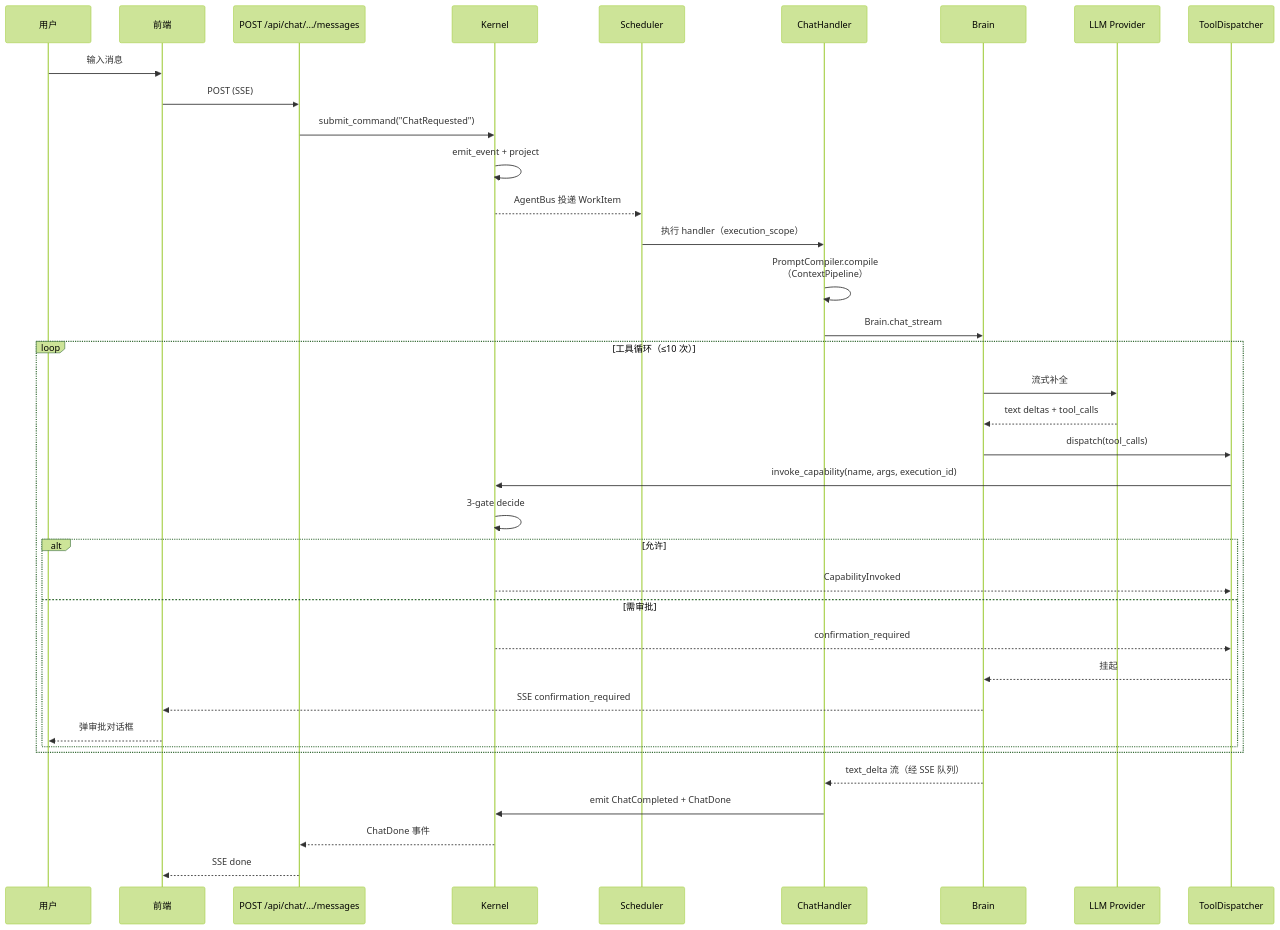
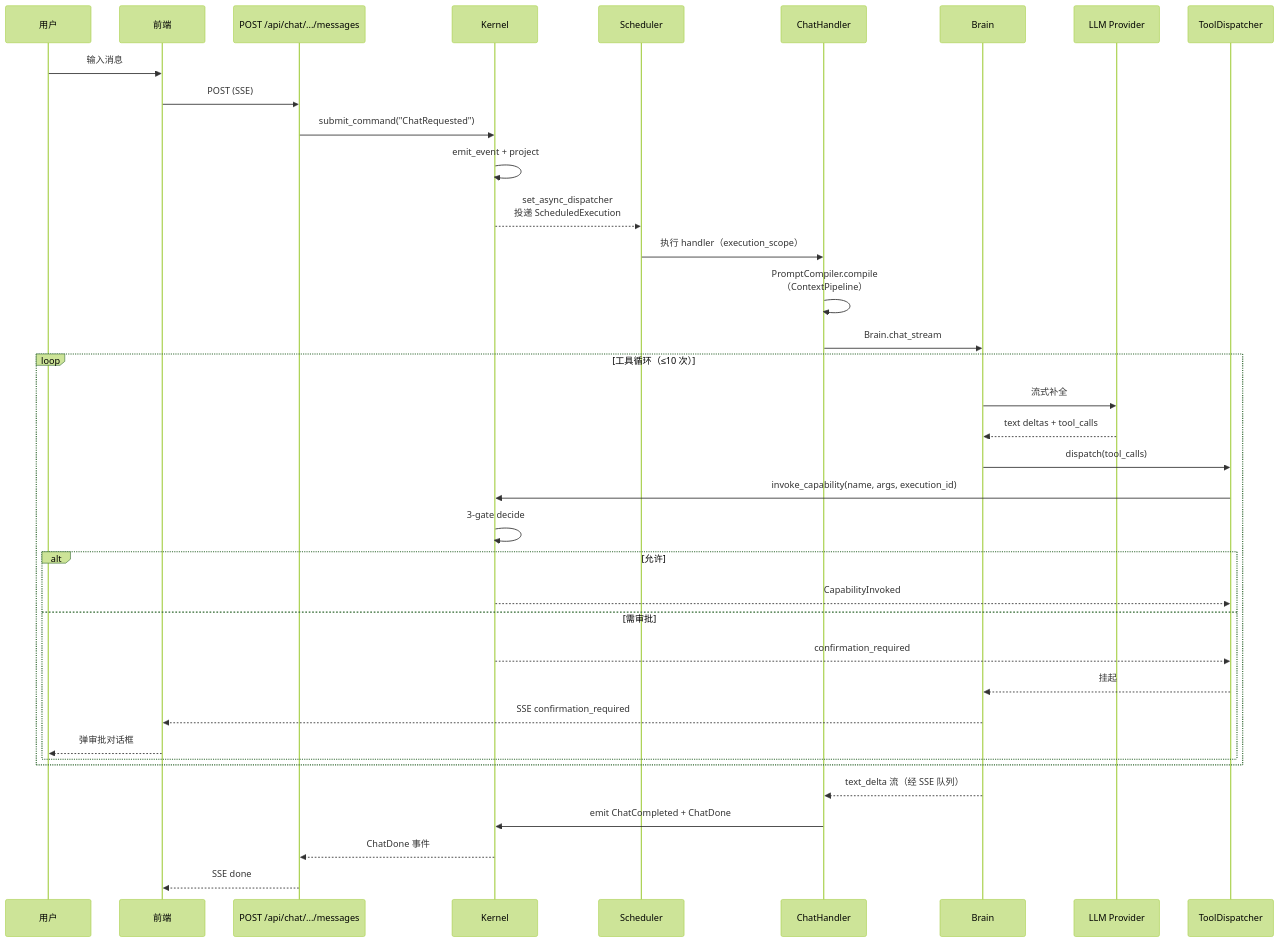
The fourth of 4 diagrams in docs/01-overview/architecture.md (yyyyyyyy/personal-ai-runtime), drawn with Mermaid (forest theme) before and after one commit. The commit also changed other lines of this file and 3 other files, not shown here.

````diff
--- a/docs/01-overview/architecture.md
+++ b/docs/01-overview/architecture.md
@@ -105,40 +105,40 @@
 ```mermaid
 sequenceDiagram
     participant U as 用户
     participant FE as 前端
     participant API as POST /api/chat/.../messages
     participant K as Kernel
     participant Sch as Scheduler
     participant H as ChatHandler
     participant B as Brain
     participant LLM as LLM Provider
     participant TD as ToolDispatcher
 
     U->>FE: 输入消息
     FE->>API: POST (SSE)
     API->>K: submit_command("ChatRequested")
     K->>K: emit_event + project
-    K-->>Sch: AgentBus 投递 WorkItem
+    K-->>Sch: set_async_dispatcher<br/>投递 ScheduledExecution
     Sch->>H: 执行 handler（execution_scope）
     H->>H: PromptCompiler.compile<br/>（ContextPipeline）
     H->>B: Brain.chat_stream
     loop 工具循环（≤10 次）
         B->>LLM: 流式补全
         LLM-->>B: text deltas + tool_calls
         B->>TD: dispatch(tool_calls)
         TD->>K: invoke_capability(name, args, execution_id)
         K->>K: 3-gate decide
         alt 允许
             K-->>TD: CapabilityInvoked
         else 需审批
             K-->>TD: confirmation_required
             TD-->>B: 挂起
             B-->>FE: SSE confirmation_required
             FE-->>U: 弹审批对话框
         end
     end
     B-->>H: text_delta 流（经 SSE 队列）
     H->>K: emit ChatCompleted + ChatDone
     K-->>API: ChatDone 事件
     API-->>FE: SSE done
 ```
````
